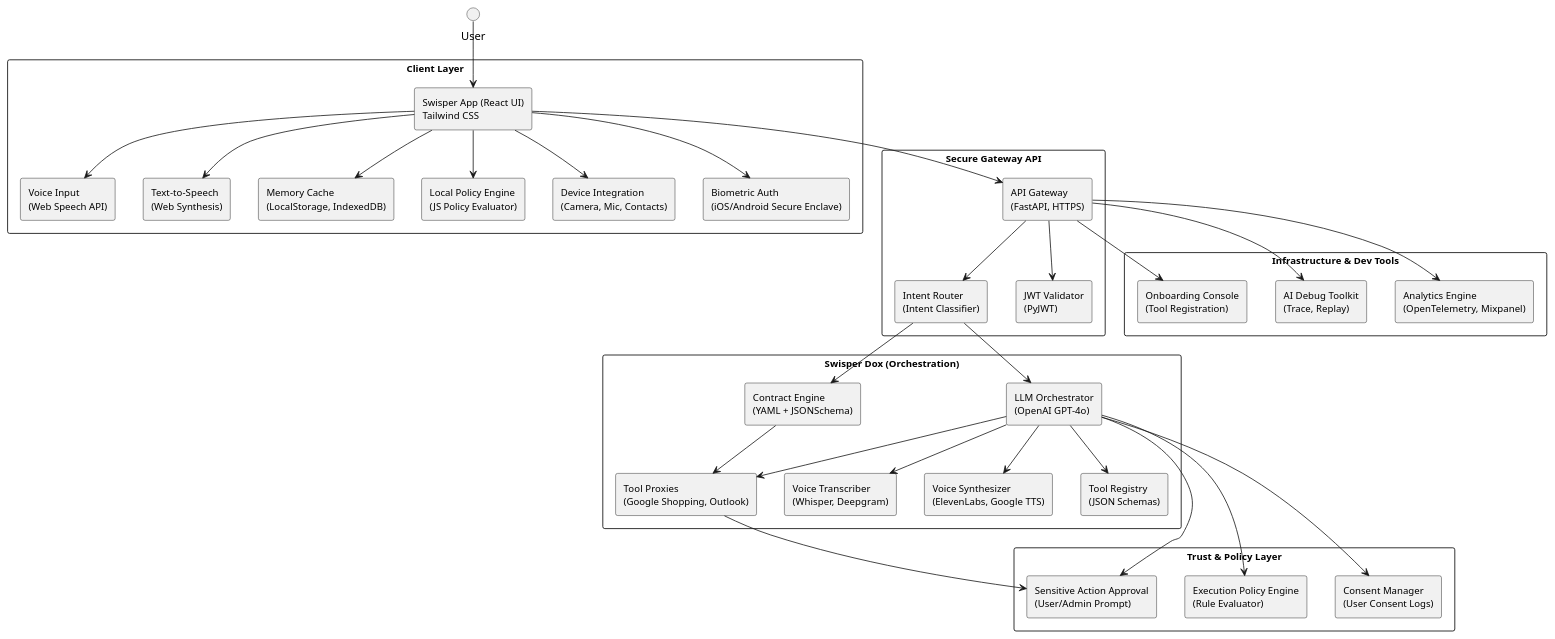
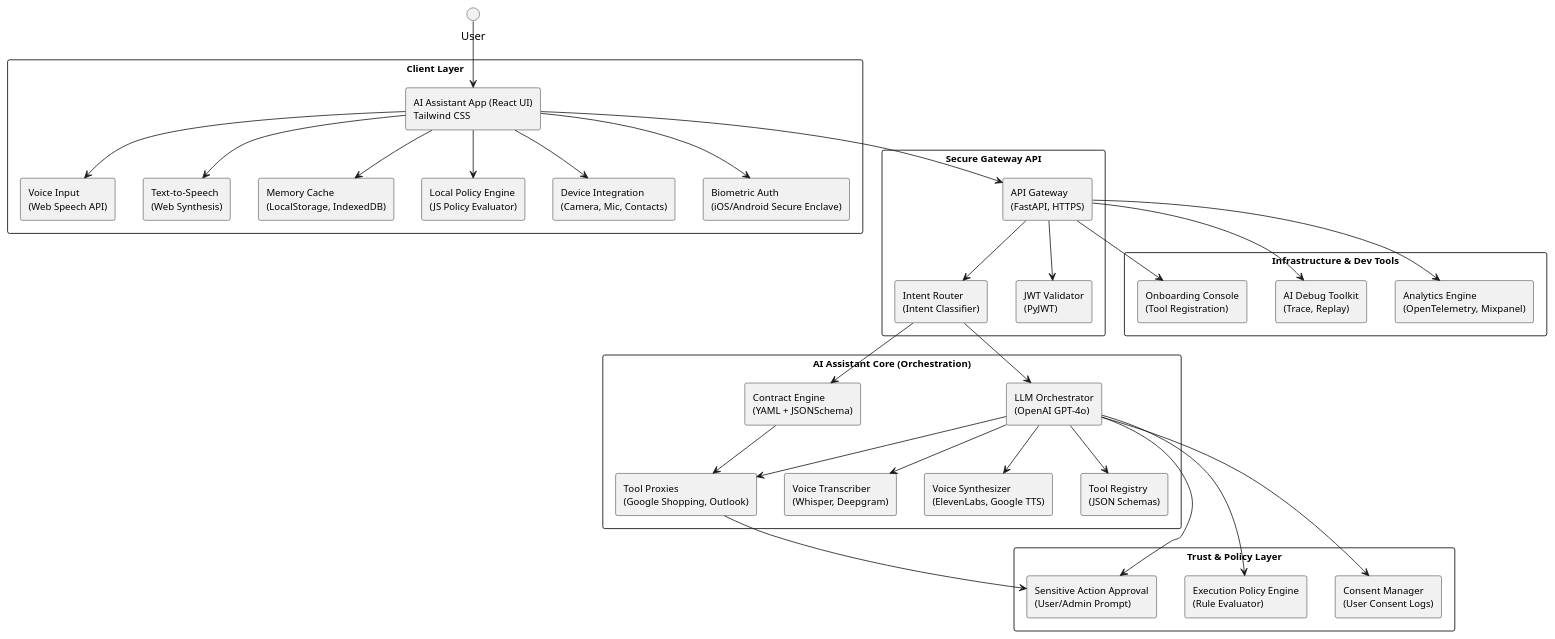
One commit to Sundi1972/Swisper_Core changed the diagram in Architecture/swisper_architecture_plantuml.puml. Above: the diagram before and after it, drawn with PlantUML. The commit also changed 23 other files, not shown here.

```diff
--- a/Architecture/swisper_architecture_plantuml.puml
+++ b/Architecture/swisper_architecture_plantuml.puml
@@ -1,81 +1,81 @@
 @startuml Swisper_Architecture
 
 top to bottom direction
 skinparam rectangle {
   FontSize 12
   BorderColor black
 }
 
 ' ------------------ CLIENT LAYER ------------------
 rectangle "Client Layer" {
-  rectangle "Swisper App (React UI)\nTailwind CSS" as UI
+  rectangle "AI Assistant App (React UI)\nTailwind CSS" as UI
   rectangle "Biometric Auth\n(iOS/Android Secure Enclave)" as Biometric
   rectangle "Voice Input\n(Web Speech API)" as VoiceIn
   rectangle "Text-to-Speech\n(Web Synthesis)" as TTS
   rectangle "Memory Cache\n(LocalStorage, IndexedDB)" as Cache
   rectangle "Local Policy Engine\n(JS Policy Evaluator)" as LocalPolicy
   rectangle "Device Integration\n(Camera, Mic, Contacts)" as DeviceIO
 }
 
 ' ------------------ GATEWAY LAYER ------------------
 rectangle "Secure Gateway API" {
   rectangle "API Gateway\n(FastAPI, HTTPS)" as Gateway
   rectangle "JWT Validator\n(PyJWT)" as JWT
   rectangle "Intent Router\n(Intent Classifier)" as Router
 }
 
 ' ------------------ ORCHESTRATION LAYER ------------------
-rectangle "Swisper Dox (Orchestration)" {
+rectangle "AI Assistant Core (Orchestration)" {
   rectangle "LLM Orchestrator\n(OpenAI GPT-4o)" as Orchestrator
   rectangle "Tool Registry\n(JSON Schemas)" as Registry
   rectangle "Contract Engine\n(YAML + JSONSchema)" as Contract
   rectangle "Tool Proxies\n(Google Shopping, Outlook)" as Proxies
   rectangle "Voice Transcriber\n(Whisper, Deepgram)" as Transcriber
   rectangle "Voice Synthesizer\n(ElevenLabs, Google TTS)" as Synthesizer
 }
 
 ' ------------------ TRUST & POLICY ------------------
 rectangle "Trust & Policy Layer" {
   rectangle "Consent Manager\n(User Consent Logs)" as Consent
   rectangle "Execution Policy Engine\n(Rule Evaluator)" as Policy
   rectangle "Sensitive Action Approval\n(User/Admin Prompt)" as Approval
 }
 
 ' ------------------ INFRASTRUCTURE ------------------
 rectangle "Infrastructure & Dev Tools" {
   rectangle "Onboarding Console\n(Tool Registration)" as Onboard
   rectangle "Analytics Engine\n(OpenTelemetry, Mixpanel)" as Analytics
   rectangle "AI Debug Toolkit\n(Trace, Replay)" as Debugger
 }
 
 ' ------------------ CONNECTIONS ------------------
 User --> UI
 UI --> VoiceIn
 UI --> TTS
 UI --> Biometric
 UI --> Cache
 UI --> LocalPolicy
 UI --> DeviceIO
 UI --> Gateway
 
 Gateway --> JWT
 Gateway --> Router
 Router --> Orchestrator
 Router --> Contract
 
 Orchestrator --> Registry
 Orchestrator --> Proxies
 Orchestrator --> Consent
 Orchestrator --> Policy
 Orchestrator --> Approval
 Orchestrator --> Transcriber
 Orchestrator --> Synthesizer
 
 Contract --> Proxies
 Proxies --> Approval
 
 Gateway --> Onboard
 Gateway --> Analytics
 Gateway --> Debugger
 
 @enduml
```
